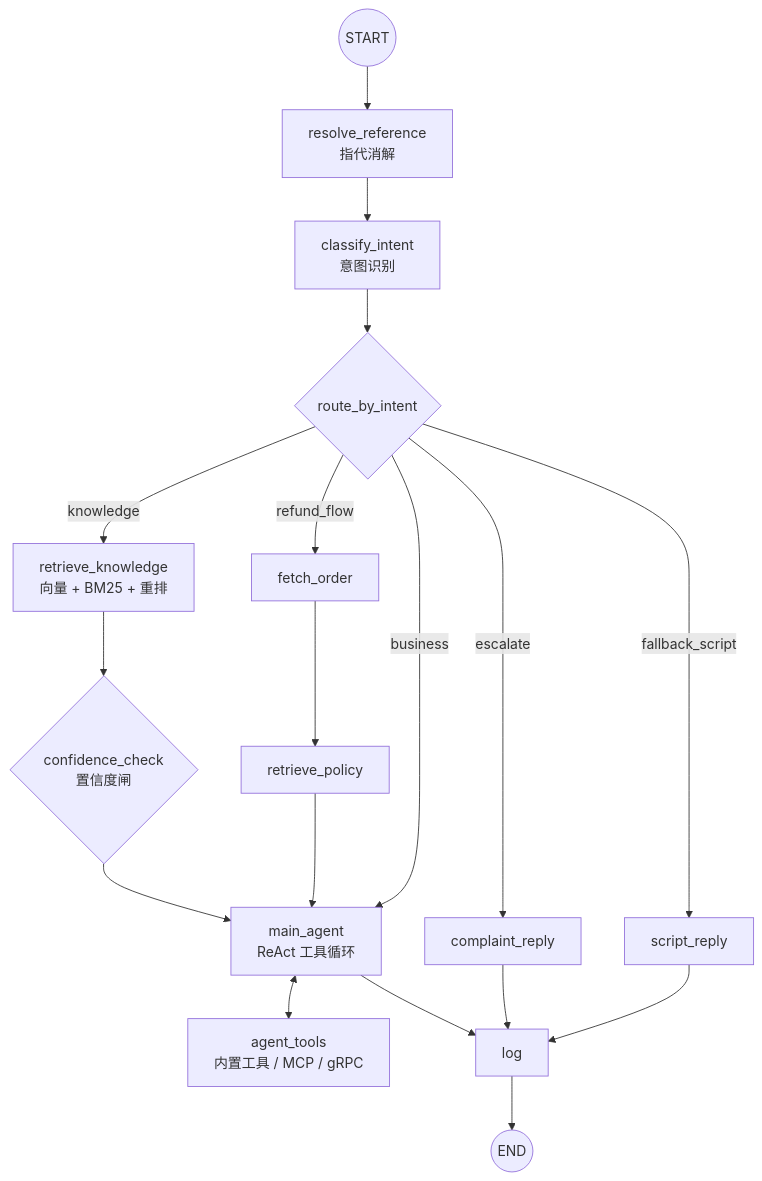
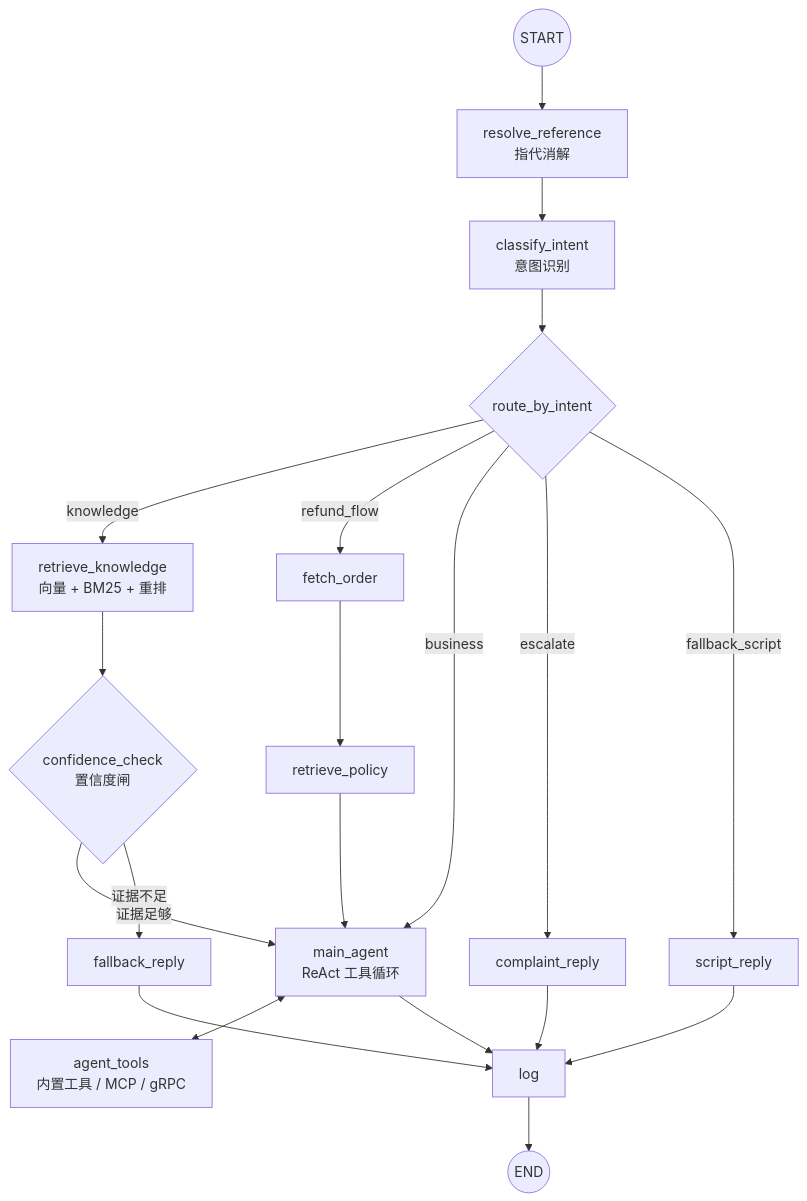
The fourth of 5 diagrams in docs/ARCHITECTURE.md (shangxinxiaolin/user-help), drawn with Mermaid before and after one commit. The commit also changed other lines of this file and 3 other files, not shown here.

Commit message:
docs: organize architecture diagrams across project READMEs (#7)

````diff
--- a/docs/ARCHITECTURE.md
+++ b/docs/ARCHITECTURE.md
@@ -141,21 +157,22 @@
 ```mermaid
 flowchart TB
     Start((START)) --> Resolve["resolve_reference<br/>指代消解"]
     Resolve --> Intent["classify_intent<br/>意图识别"]
     Intent --> Route{"route_by_intent"}
 
     Route -->|knowledge| Retrieve["retrieve_knowledge<br/>向量 + BM25 + 重排"]
     Retrieve --> Gate{"confidence_check<br/>置信度闸"}
-    Gate --> Main
+    Gate -->|证据足够| Main
+    Gate -->|证据不足| Fallback["fallback_reply"] --> Log
 
     Route -->|refund_flow| Fetch["fetch_order"] --> Policy["retrieve_policy"] --> Main
     Route -->|business| Main["main_agent<br/>ReAct 工具循环"]
     Route -->|escalate| Complaint["complaint_reply"]
     Route -->|fallback_script| Script["script_reply"]
 
     Main <--> AgentTools["agent_tools<br/>内置工具 / MCP / gRPC"]
     Main --> Log["log"]
     Complaint --> Log
     Script --> Log
     Log --> End((END))
 ```
````
